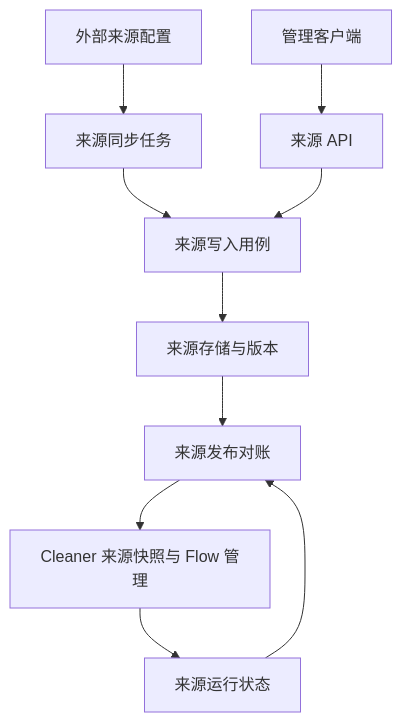
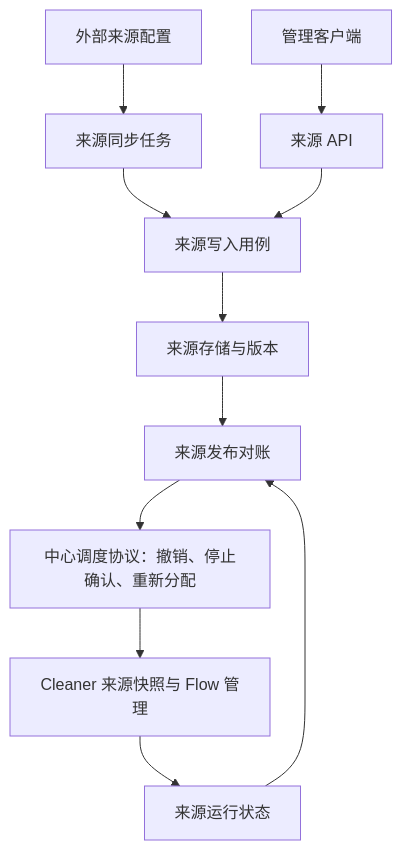
Before and after one commit to TencentBlueKing/bkmonitor-datalink: the diagram in pkg/linkd/docs/design/event-source-dynamic-configuration.md, drawn with Mermaid. The commit also changed other lines of this file and 98 other files, not shown here.

````diff
--- a/pkg/linkd/docs/design/event-source-dynamic-configuration.md
+++ b/pkg/linkd/docs/design/event-source-dynamic-configuration.md
@@ -97,12 +107,13 @@
 ```mermaid
 flowchart TD
     Upstream[外部来源配置] --> Pull[来源同步任务]
     Client[管理客户端] --> API[来源 API]
     Pull --> Write[来源写入用例]
     API --> Write
     Write --> Store[来源存储与版本]
     Store --> Reconcile[来源发布对账]
-    Reconcile --> Cleaner[Cleaner 来源快照与 Flow 管理]
+    Reconcile --> Scheduler[中心调度协议：撤销、停止确认、重新分配]
+    Scheduler --> Cleaner[Cleaner 来源快照与 Flow 管理]
     Cleaner --> Status[来源运行状态]
     Status --> Reconcile
 ```
````
